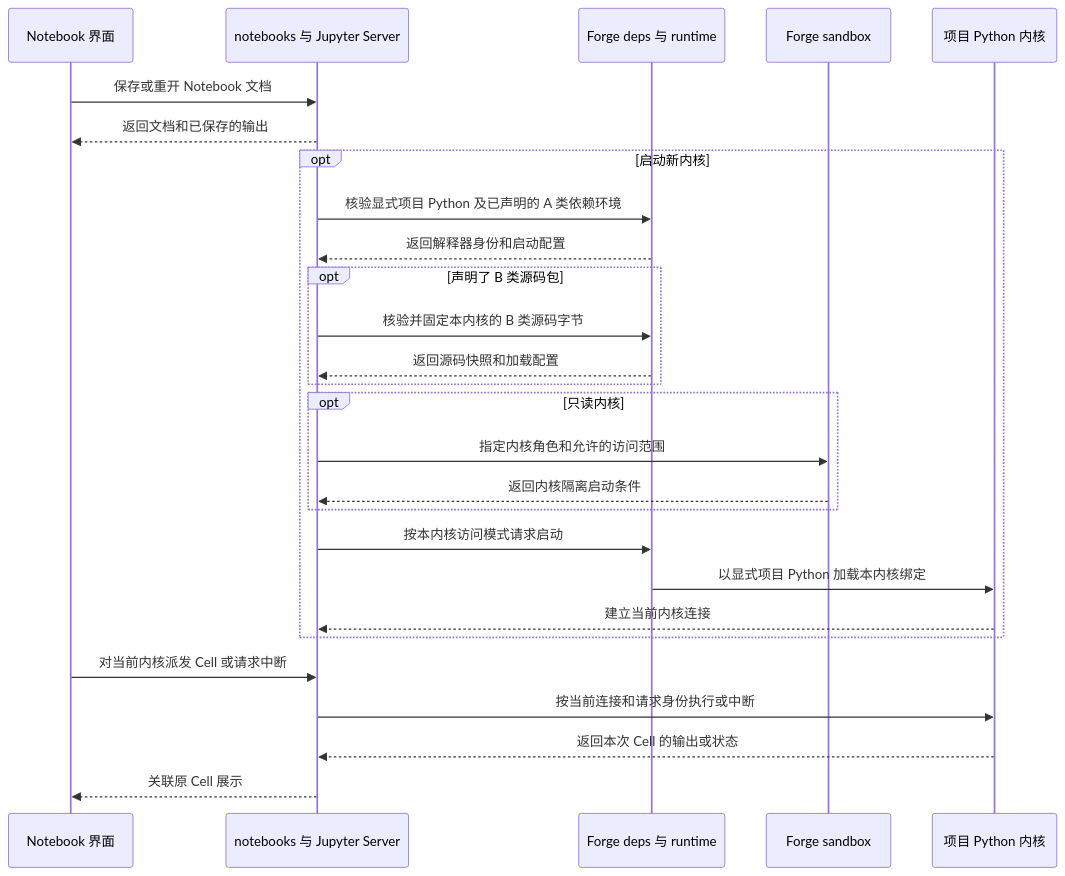
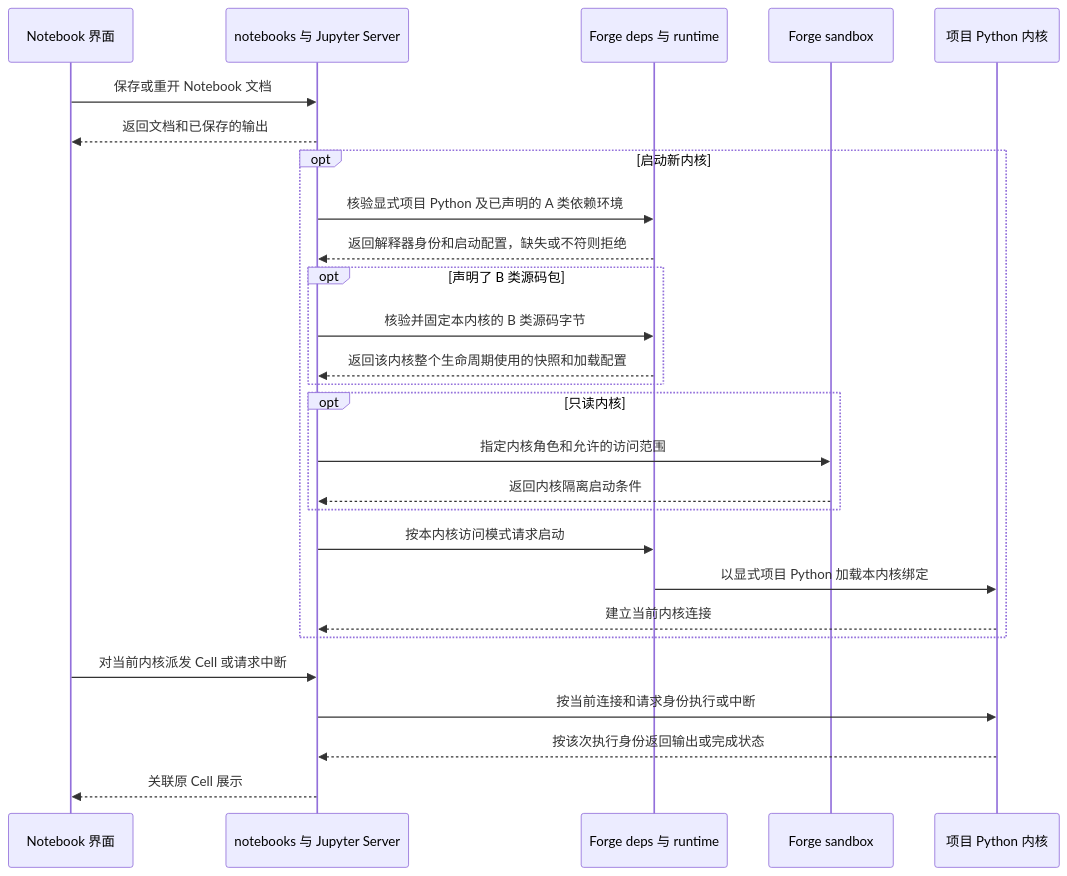
One commit to vincent9299/demiflow changed the tenth of 14 diagrams in docs/demiflow-architecture.md. Above: the diagram before and after it, drawn with Mermaid. The commit also changed other lines of this file, not shown here.

Commit message:
Put inter-module contracts on sequence diagram messages

````diff
--- a/docs/demiflow-architecture.md
+++ b/docs/demiflow-architecture.md
@@ -360,29 +375,29 @@
 ```mermaid
 sequenceDiagram
     participant U as Notebook 界面
     participant N as notebooks 与 Jupyter Server
     participant R as Forge deps 与 runtime
     participant S as Forge sandbox
     participant K as 项目 Python 内核
     U->>N: 保存或重开 Notebook 文档
     N-->>U: 返回文档和已保存的输出
     opt 启动新内核
         N->>R: 核验显式项目 Python 及已声明的 A 类依赖环境
-        R-->>N: 返回解释器身份和启动配置
+        R-->>N: 返回解释器身份和启动配置，缺失或不符则拒绝
         opt 声明了 B 类源码包
             N->>R: 核验并固定本内核的 B 类源码字节
-            R-->>N: 返回源码快照和加载配置
+            R-->>N: 返回该内核整个生命周期使用的快照和加载配置
         end
         opt 只读内核
             N->>S: 指定内核角色和允许的访问范围
             S-->>N: 返回内核隔离启动条件
         end
         N->>R: 按本内核访问模式请求启动
         R->>K: 以显式项目 Python 加载本内核绑定
         K-->>N: 建立当前内核连接
     end
     U->>N: 对当前内核派发 Cell 或请求中断
     N->>K: 按当前连接和请求身份执行或中断
-    K-->>N: 返回本次 Cell 的输出或状态
+    K-->>N: 按该次执行身份返回输出或完成状态
     N-->>U: 关联原 Cell 展示
 ```
````
